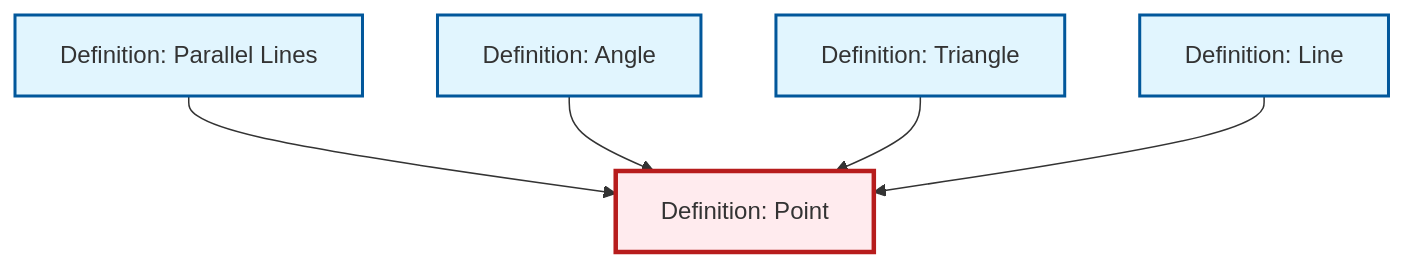
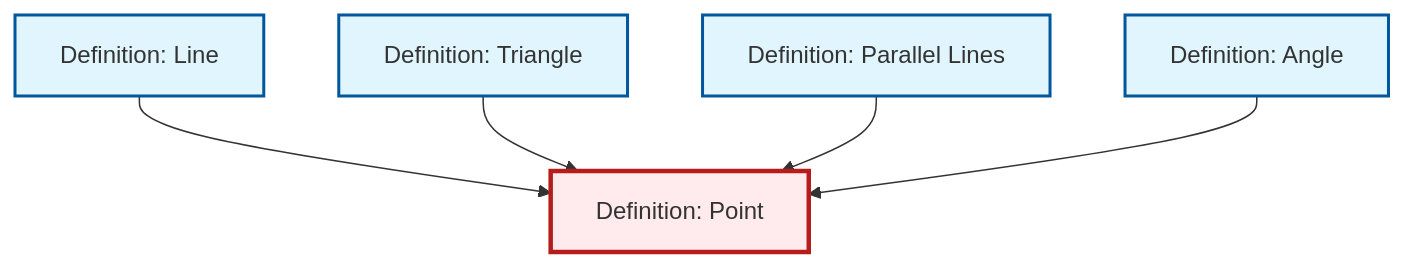
Before and after one commit to RK0429/ModernMath: the diagram in content/ja/geometry/def-point.qmd, drawn with Mermaid. The commit also changed other lines of this file and 491 other files, not shown here.

````diff
--- a/content/ja/geometry/def-point.qmd
+++ b/content/ja/geometry/def-point.qmd
@@ -40,23 +40,23 @@
 ```{mermaid}
 %%| fig-cap: "Local dependency graph"
 graph TD
     classDef definition fill:#e1f5fe,stroke:#01579b,stroke-width:2px
     classDef theorem fill:#f3e5f5,stroke:#4a148c,stroke-width:2px
     classDef axiom fill:#fff3e0,stroke:#e65100,stroke-width:2px
     classDef example fill:#e8f5e9,stroke:#1b5e20,stroke-width:2px
     classDef current fill:#ffebee,stroke:#b71c1c,stroke-width:3px
+    def-parallel["Definition: Parallel Lines"]:::definition
+    def-point["Definition: Point"]:::definition
     def-line["Definition: Line"]:::definition
+    def-angle["Definition: Angle"]:::definition
     def-triangle["Definition: Triangle"]:::definition
-    def-parallel["Definition: Parallel Lines"]:::definition
-    def-angle["Definition: Angle"]:::definition
-    def-point["Definition: Point"]:::definition
+    def-line --> def-point
+    def-triangle --> def-point
     def-parallel --> def-point
     def-angle --> def-point
-    def-triangle --> def-point
-    def-line --> def-point
     class def-point current
+    click def-parallel "def-parallel.html" "Definition: Parallel Linesへ"
     click def-line "def-line.html" "Definition: Lineへ"
+    click def-angle "def-angle.html" "Definition: Angleへ"
     click def-triangle "def-triangle.html" "Definition: Triangleへ"
-    click def-parallel "def-parallel.html" "Definition: Parallel Linesへ"
-    click def-angle "def-angle.html" "Definition: Angleへ"
 ```
````
